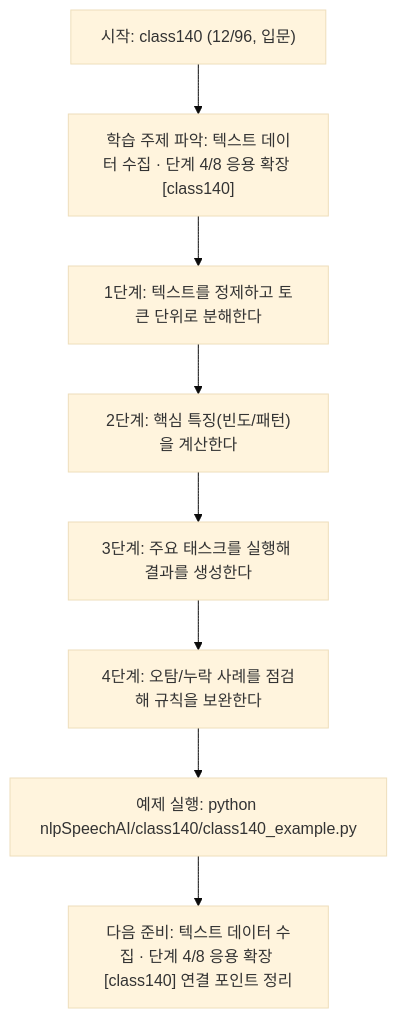
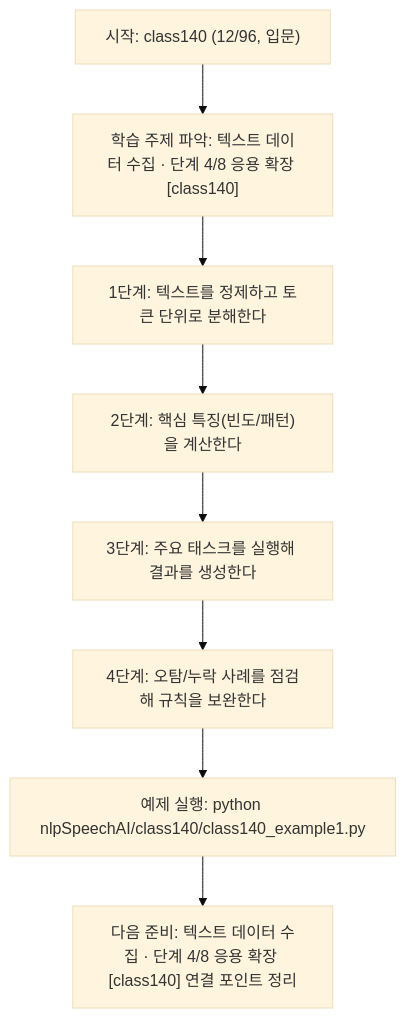
Before and after one commit to edumgt/Python-AI_Agent-Class: the diagram in nlpSpeechAI/class140/class140.md, drawn with Mermaid (base theme). The commit also changed other lines of this file and 2959 other files, not shown here.

````diff
--- a/nlpSpeechAI/class140/class140.md
+++ b/nlpSpeechAI/class140/class140.md
@@ -114,18 +114,18 @@
 ```mermaid
 flowchart TD
 N1["시작: class140 (12/96, 입문)"]
 N2["학습 주제 파악: 텍스트 데이터 수집 · 단계 4/8 응용 확장 [class140]"]
 N3["1단계: 텍스트를 정제하고 토큰 단위로 분해한다"]
 N4["2단계: 핵심 특징(빈도/패턴)을 계산한다"]
 N5["3단계: 주요 태스크를 실행해 결과를 생성한다"]
 N6["4단계: 오탐/누락 사례를 점검해 규칙을 보완한다"]
-N7["예제 실행: python nlpSpeechAI/class140/class140_example.py"]
+N7["예제 실행: python nlpSpeechAI/class140/class140_example1.py"]
 N8["다음 준비: 텍스트 데이터 수집 · 단계 4/8 응용 확장 [class140] 연결 포인트 정리"]
 N1 --> N2
 N2 --> N3
 N3 --> N4
 N4 --> N5
 N5 --> N6
 N6 --> N7
 N7 --> N8
 ```
````
